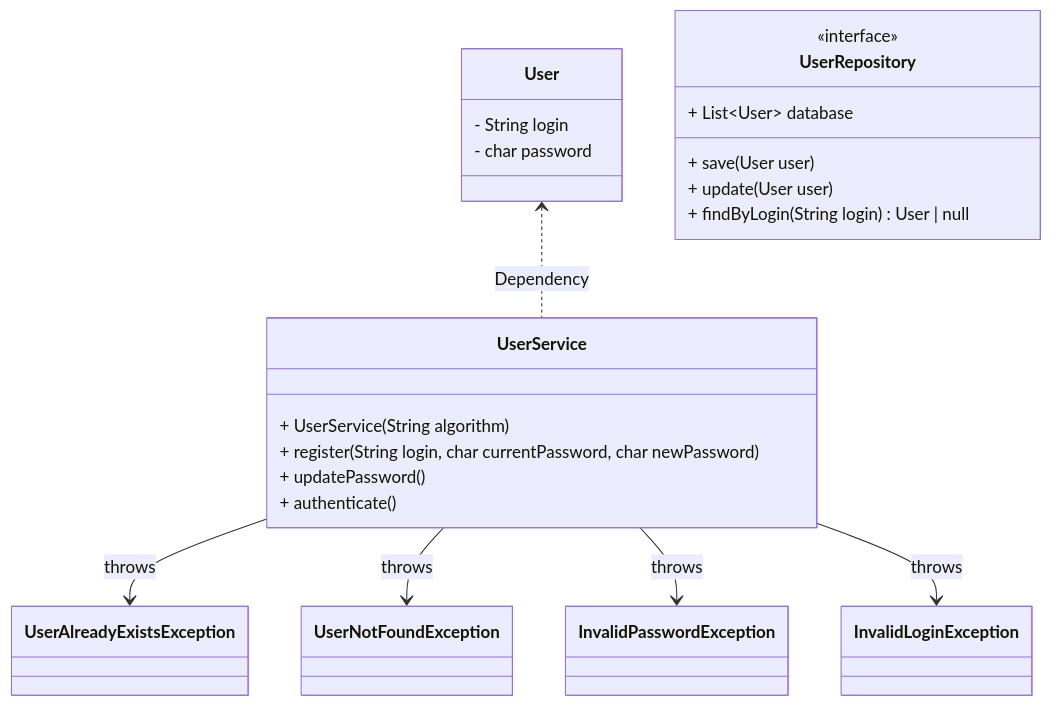
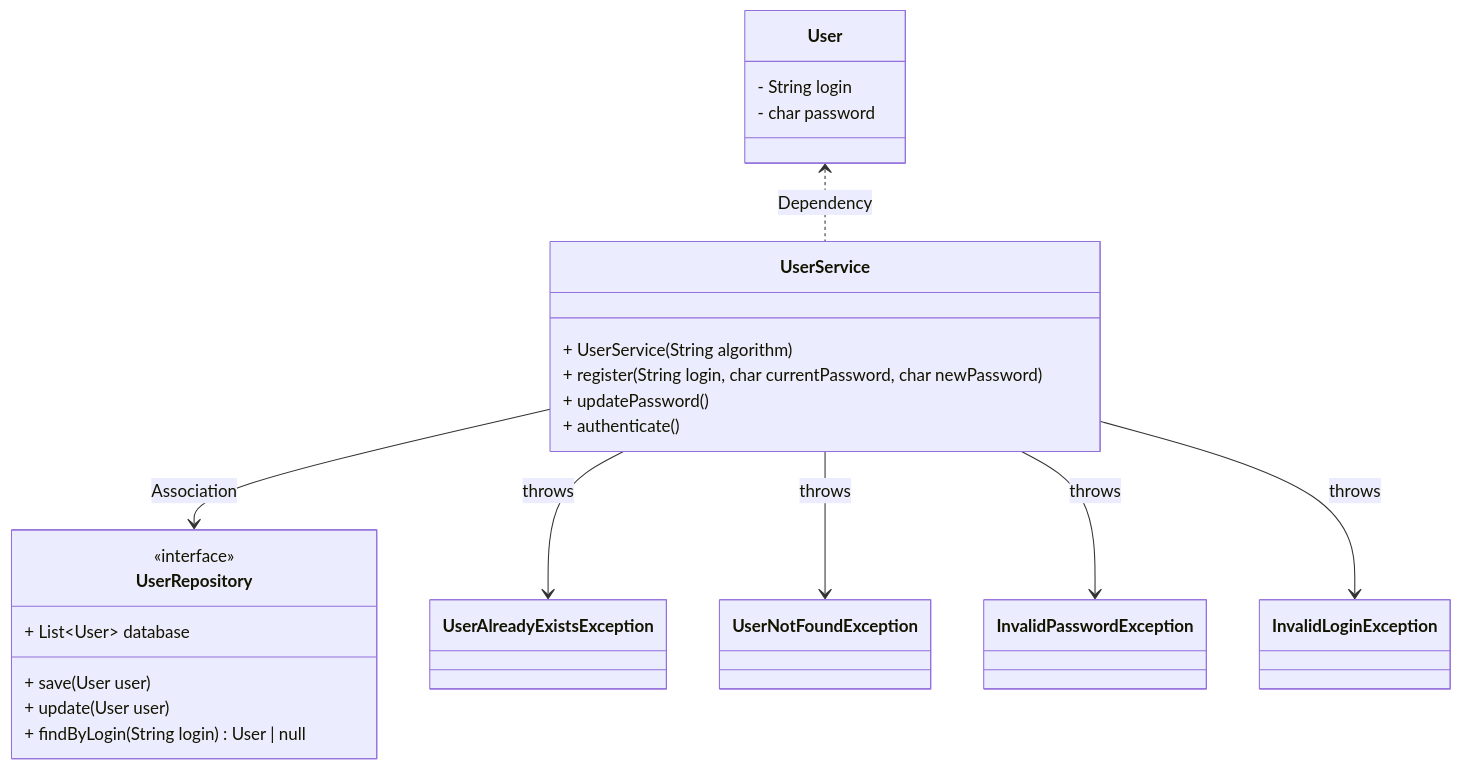
One commit to sioterino/auth-seg-lab changed the diagram in README.md. Above: the diagram before and after it, drawn with Mermaid.

Commit message:
diagrama de classes

````diff
--- a/README.md
+++ b/README.md
@@ -3,34 +3,37 @@
 ``` mermaid
 classDiagram
+
     class User {
         - String login
         - char password
     }
     
     class UserService {
         + UserService( String algorithm)
         + register(String login, char currentPassword, char newPassword)
         + updatePassword()
         + authenticate()
     }
     
     class UserRepository {
         <<interface>>
         + List~User~ database
         + save(User user)
         + update(User user)
         + findByLogin(String login) User | null
     }
     
     class UserAlreadyExistsException
     class UserNotFoundException
     class InvalidPasswordException
     class InvalidLoginException
     
     User <.. UserService : Dependency
+    UserService --> UserRepository : Association
+    
     UserService --> UserAlreadyExistsException : throws
     UserService --> UserNotFoundException : throws
     UserService --> InvalidPasswordException : throws
     UserService --> InvalidLoginException : throws
 
 ```
````
